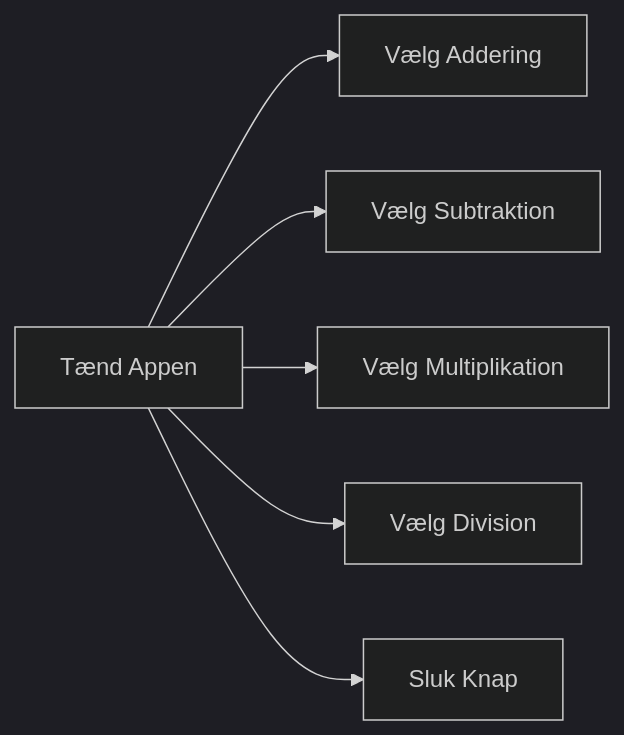
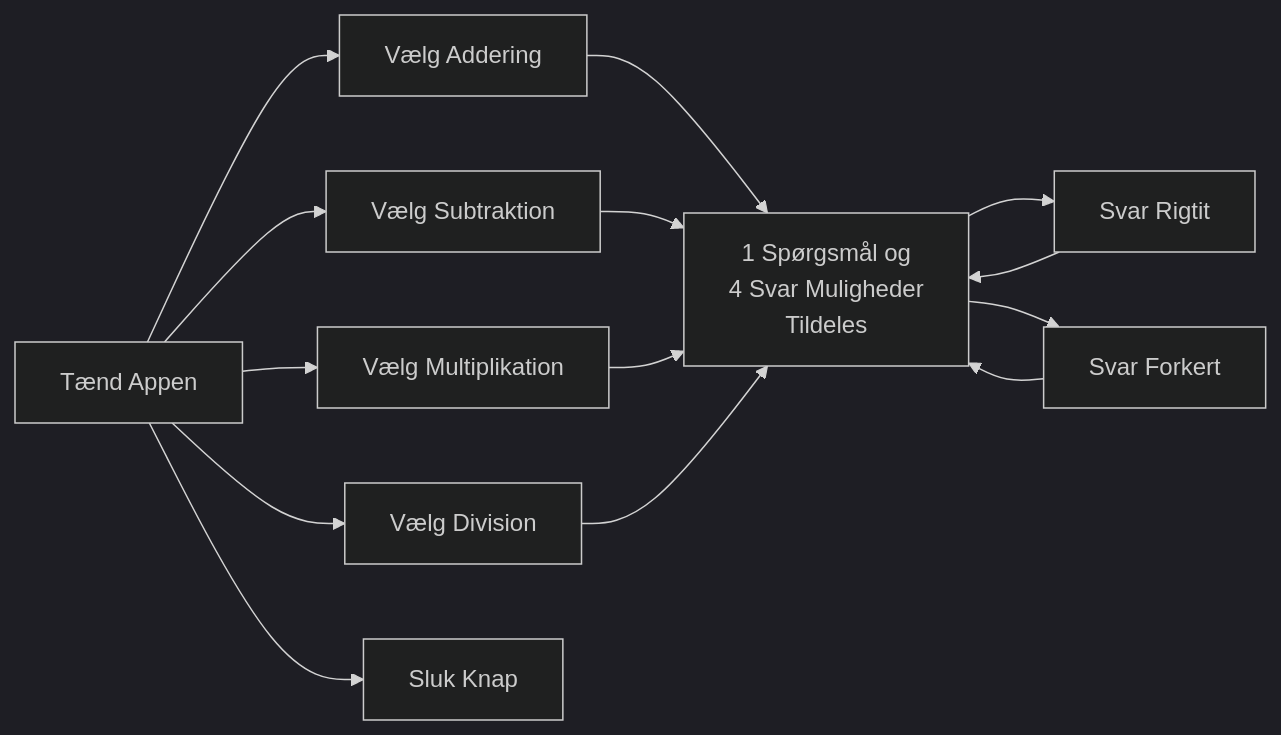
The diagram in Lærings App/readme.md (julian33/Programmering-Opgaver), drawn with Mermaid (dark theme) before and after one commit. The commit also changed other lines of this file, not shown here.

````diff
--- a/Lærings App/readme.md
+++ b/Lærings App/readme.md
@@ -6,13 +7,21 @@
 ```mermaid
 graph LR;
     A[Tænd Appen] --> B[Vælg Addering];
     A --> C[Vælg Subtraktion];
     A --> D[Vælg Multiplikation];
     A --> E[Vælg Division];
 
     A --> F[Sluk Knap];
 
+    B --> G[1 Spørgsmål og\n 4 Svar Muligheder\n Tildeles]
+    C --> G;
+    D --> G;
+    E --> G;
 
+    G --> H[Svar Rigtit];
+    G --> I[Svar Forkert];
 
+    H --> G;
+    I --> G;
 
 ```
````
